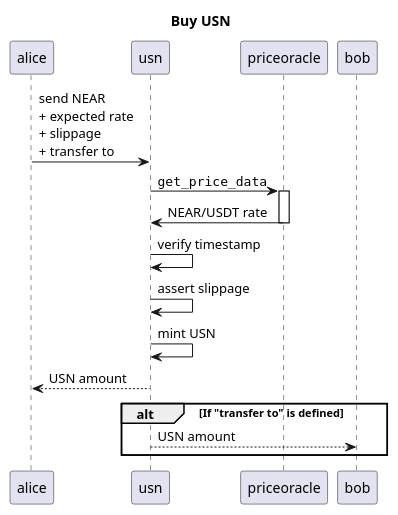
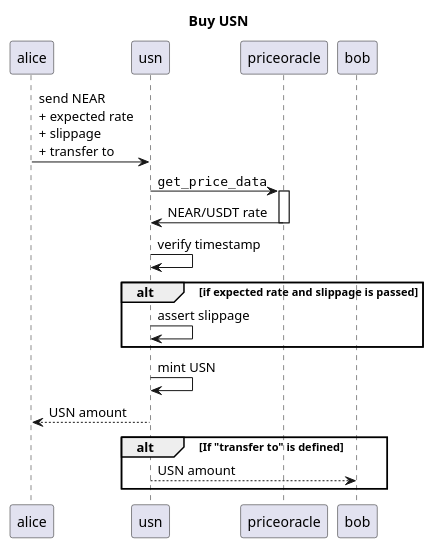
One commit to fdoperezi/usn changed the diagram in images/buy.puml. Above: the diagram before and after it, drawn with PlantUML. The commit also changed 4 other files, not shown here.

Commit message:
Add examples to README, refresh diagrams

```diff
--- a/images/buy.puml
+++ b/images/buy.puml
@@ -1,20 +1,23 @@
 @startuml
 
 title Buy USN
 
 alice -> usn: send NEAR\n+ expected rate\n+ slippage\n+ transfer to
 
 usn -> priceoracle: ""get_price_data""
 activate priceoracle
 usn <- priceoracle: NEAR/USDT rate
 deactivate priceoracle
 usn -> usn: verify timestamp
 
+alt if expected rate and slippage is passed
 usn -> usn: assert slippage
+end
+
 usn -> usn: mint USN
 
 alice <-- usn: USN amount
 alt If "transfer to" is defined
 bob <-- usn: USN amount
 end
 @enduml
```
